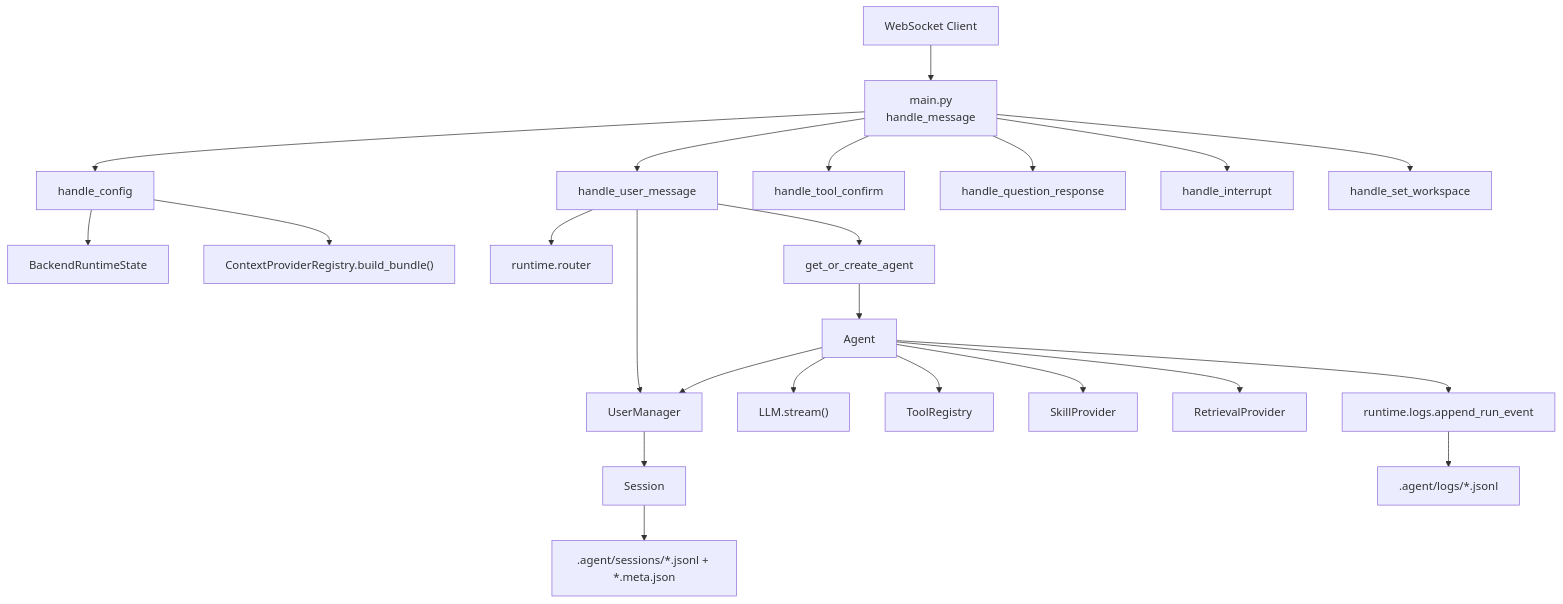
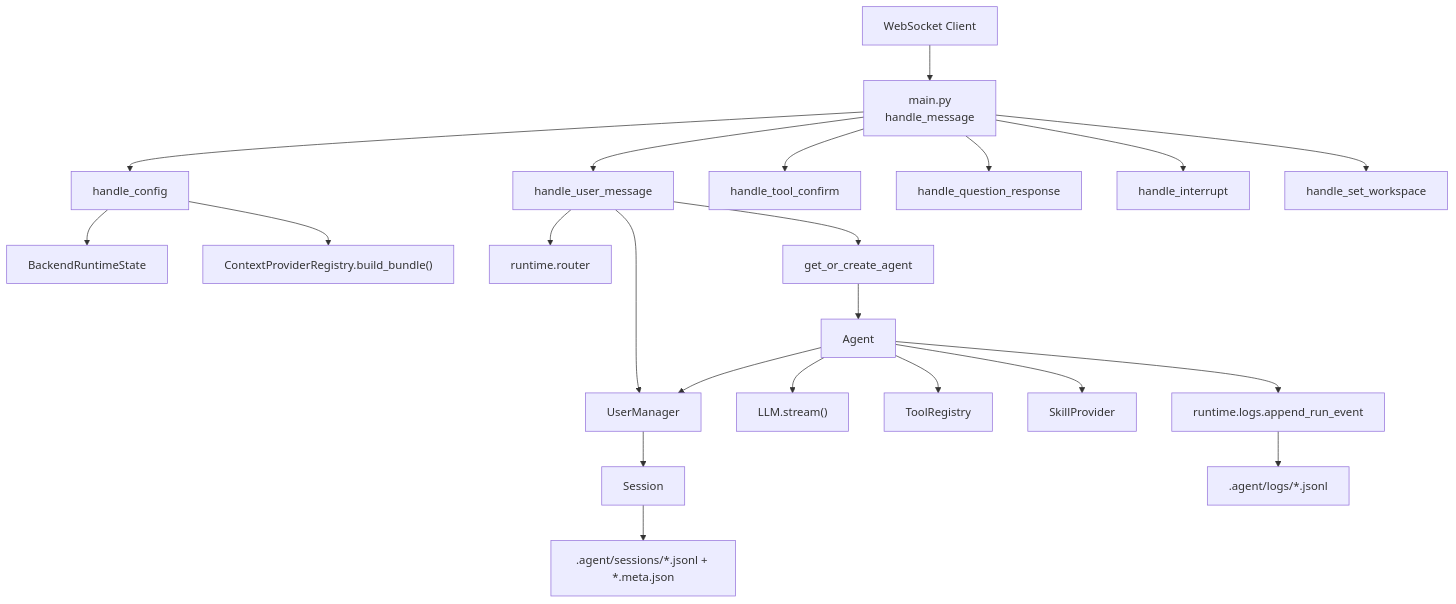
One commit to ChqJourney/simple_agent changed the fourth of 5 diagrams in architecture.md. Above: the diagram before and after it, drawn with Mermaid. The commit also changed other lines of this file and 42 other files, not shown here.

````diff
--- a/architecture.md
+++ b/architecture.md
@@ -282,29 +283,28 @@
 ```mermaid
 flowchart TD
     Client["WebSocket Client"] --> Main["main.py<br/>handle_message"]
     Main --> Config["handle_config"]
     Main --> Msg["handle_user_message"]
     Main --> Confirm["handle_tool_confirm"]
     Main --> Question["handle_question_response"]
     Main --> Interrupt["handle_interrupt"]
     Main --> Workspace["handle_set_workspace"]
 
     Config --> RuntimeState["BackendRuntimeState"]
     Config --> Bundle["ContextProviderRegistry.build_bundle()"]
 
     Msg --> UserMgr["UserManager"]
     Msg --> Router["runtime.router"]
     Msg --> AgentFactory["get_or_create_agent"]
     AgentFactory --> Agent["Agent"]
 
     Agent --> LLM["LLM.stream()"]
     Agent --> ToolRegistry["ToolRegistry"]
     Agent --> SkillProvider["SkillProvider"]
-    Agent --> RetrievalProvider["RetrievalProvider"]
     Agent --> UserMgr
     Agent --> RunLogs["runtime.logs.append_run_event"]
 
     UserMgr --> Session["Session"]
     Session --> SessionFiles[".agent/sessions/*.jsonl + *.meta.json"]
     RunLogs --> LogFiles[".agent/logs/*.jsonl"]
 ```
````
